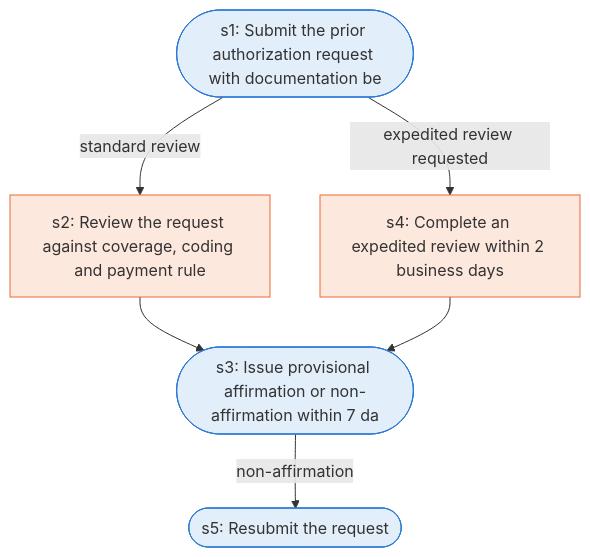
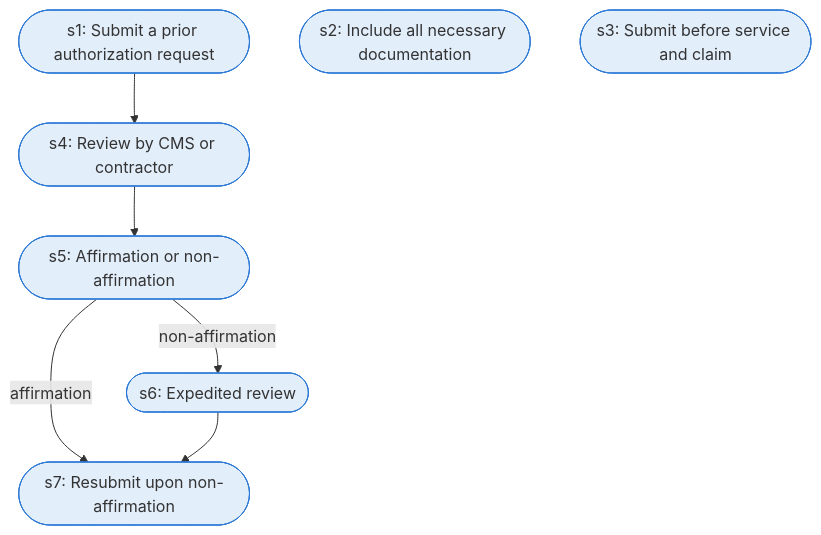
Before and after one commit to Jitesh-Mishra/sop-to-agent-workflows: the diagram in docs/runbooks/pa_opd_prior_authorization.md, drawn with Mermaid. The commit also changed other lines of this file and 172 other files, not shown here.

````diff
--- a/docs/runbooks/pa_opd_prior_authorization.md
+++ b/docs/runbooks/pa_opd_prior_authorization.md
@@ -7,17 +7,18 @@
 ```mermaid
 flowchart TD
-  s1(["s1: Submit the prior authorization request with documentation be"])
-  s2["s2: Review the request against coverage, coding and payment rule"]
-  s3(["s3: Issue provisional affirmation or non-affirmation within 7 da"])
-  s4["s4: Complete an expedited review within 2 business days"]
-  s5(["s5: Resubmit the request"])
-  s1 -->|standard review| s2
-  s1 -->|expedited review requested| s4
-  s2 --> s3
-  s4 --> s3
-  s3 -->|non-affirmation| s5
+  s1(["s1: Submit a prior authorization request"])
+  s2(["s2: Include all necessary documentation"])
+  s3(["s3: Submit before service and claim"])
+  s4(["s4: Review by CMS or contractor"])
+  s5(["s5: Affirmation or non-affirmation"])
+  s6(["s6: Expedited review"])
+  s7(["s7: Resubmit upon non-affirmation"])
+  s1 --> s4
+  s4 --> s5
+  s5 -->|non-affirmation| s6
+  s5 -->|affirmation| s7
+  s6 --> s7
   classDef agent fill:#e3eefb,stroke:#2a78d6
   classDef human fill:#fde8de,stroke:#eb6834
-  class s1,s3,s5 agent
-  class s2,s4 human
+  class s1,s2,s3,s4,s5,s6,s7 agent
 ```
````
